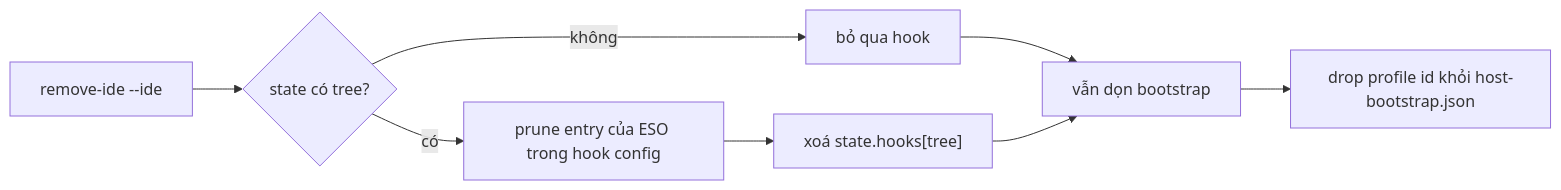
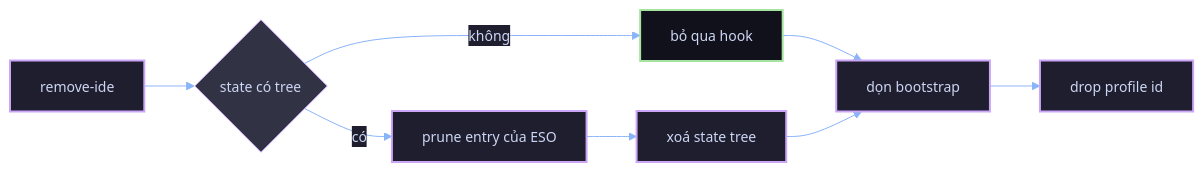
The fourth of 8 diagrams in documents/07.how-it-works/02.workflows.md (thangs2/harness-eso), drawn with Mermaid before and after one commit. The commit also changed other lines of this file and 10 other files, not shown here.

First line of the commit message:
docs: redraw the how-it-works pack under one mermaid standard

````diff
--- a/documents/07.how-it-works/02.workflows.md
+++ b/documents/07.how-it-works/02.workflows.md
@@ -95,10 +103,15 @@
 ```mermaid
+%%{init: {"theme": "base", "themeVariables": {"background": "#1e1e2e", "primaryColor": "#313244", "primaryTextColor": "#cdd6f4", "primaryBorderColor": "#cba6f7", "lineColor": "#89b4fa", "secondaryColor": "#181825", "tertiaryColor": "#11111b", "clusterBkg": "#181825", "clusterBorder": "#6c7086", "edgeLabelBackground": "#1e1e2e", "fontSize": "14px", "actorBkg": "#313244", "actorBorder": "#cba6f7", "actorTextColor": "#cdd6f4", "signalColor": "#89b4fa", "signalTextColor": "#cdd6f4", "noteBkgColor": "#313244", "noteTextColor": "#cdd6f4", "noteBorderColor": "#f9e2af"}}}%%
 flowchart LR
-  R["remove-ide --ide <tree>"] --> S{"state có tree?"}
-  S -->|"có"| T["prune entry của ESO trong hook config"]
-  S -->|"không"| U["bỏ qua hook"]
-  T --> V["xoá state.hooks[tree]"]
-  U --> W["vẫn dọn bootstrap"]
-  V --> W
-  W --> Z["drop profile id khỏi host-bootstrap.json"]
+
+    classDef w fill:#1e1e2e,stroke:#cba6f7,stroke-width:2px,color:#cdd6f4
+    classDef shared fill:#11111b,stroke:#a6e3a1,stroke-width:2px,color:#cdd6f4
+
+    R[remove-ide]:::w --> S{state có tree}
+    S -->|có| T[prune entry của ESO]:::w
+    S -->|không| U[bỏ qua hook]:::shared
+    T --> V[xoá state tree]:::w
+    U --> W[dọn bootstrap]:::w
+    V --> W
+    W --> Z[drop profile id]:::w
 ```
````
